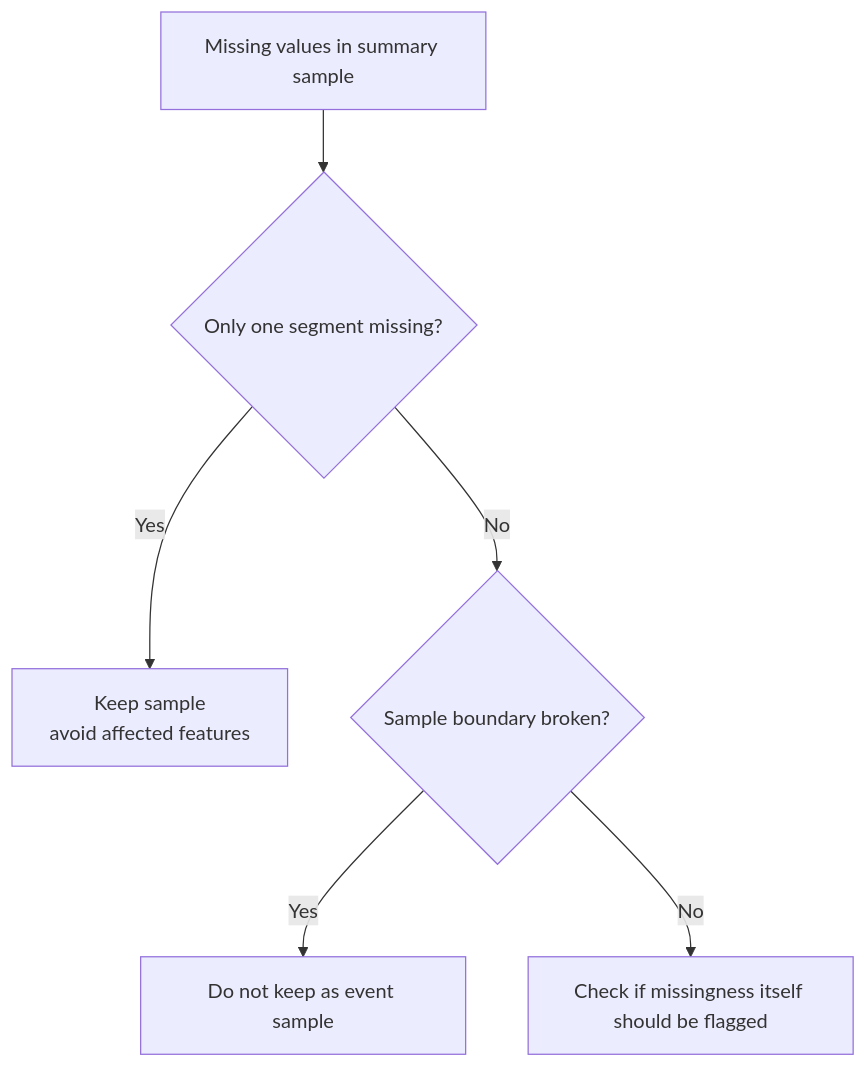
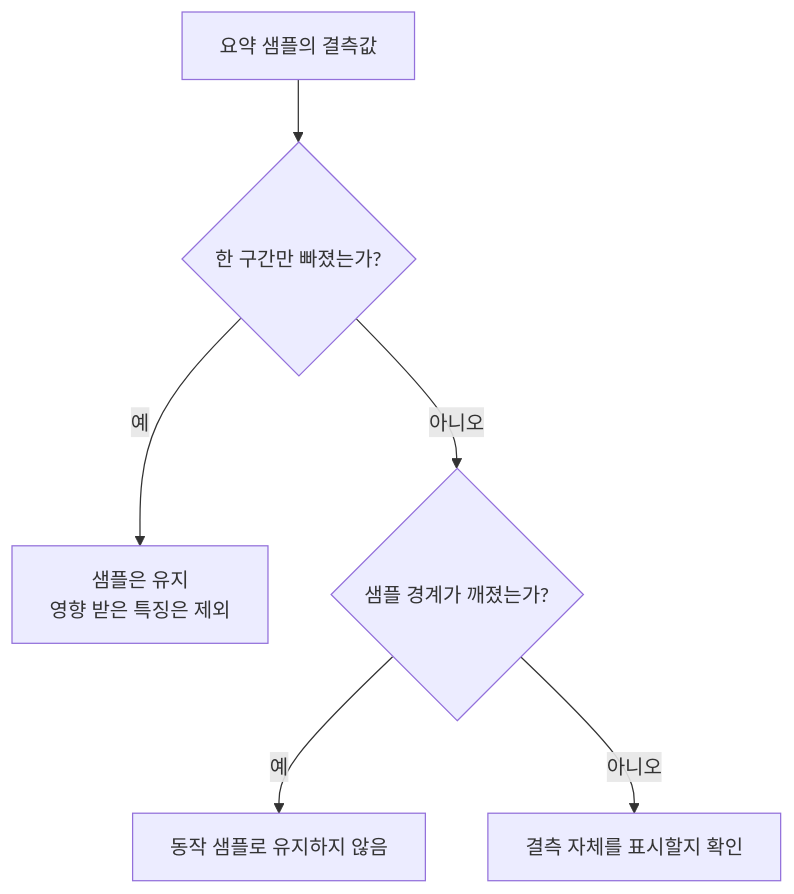
The diagram in docs/parts/part-03/chapter-05/section-05.md (devchan64/AiBook), drawn with Mermaid before and after one commit. The commit also changed 45 other files, not shown here.

Commit message:
docs: localize part 3 mermaid diagrams

````diff
--- a/docs/parts/part-03/chapter-05/section-05.md
+++ b/docs/parts/part-03/chapter-05/section-05.md
@@ -61,9 +61,9 @@
 ```mermaid
 flowchart TD
-    A[Missing values in summary sample]
-    A --> B{Only one segment missing?}
-    B -->|Yes| C[Keep sample<br/>avoid affected features]
-    B -->|No| D{Sample boundary broken?}
-    D -->|Yes| E[Do not keep as event sample]
-    D -->|No| F[Check if missingness itself should be flagged]
+    A[요약 샘플의 결측값]
+    A --> B{한 구간만 빠졌는가?}
+    B -->|예| C[샘플은 유지<br/>영향 받은 특징은 제외]
+    B -->|아니오| D{샘플 경계가 깨졌는가?}
+    D -->|예| E[동작 샘플로 유지하지 않음]
+    D -->|아니오| F[결측 자체를 표시할지 확인]
 ```
````
